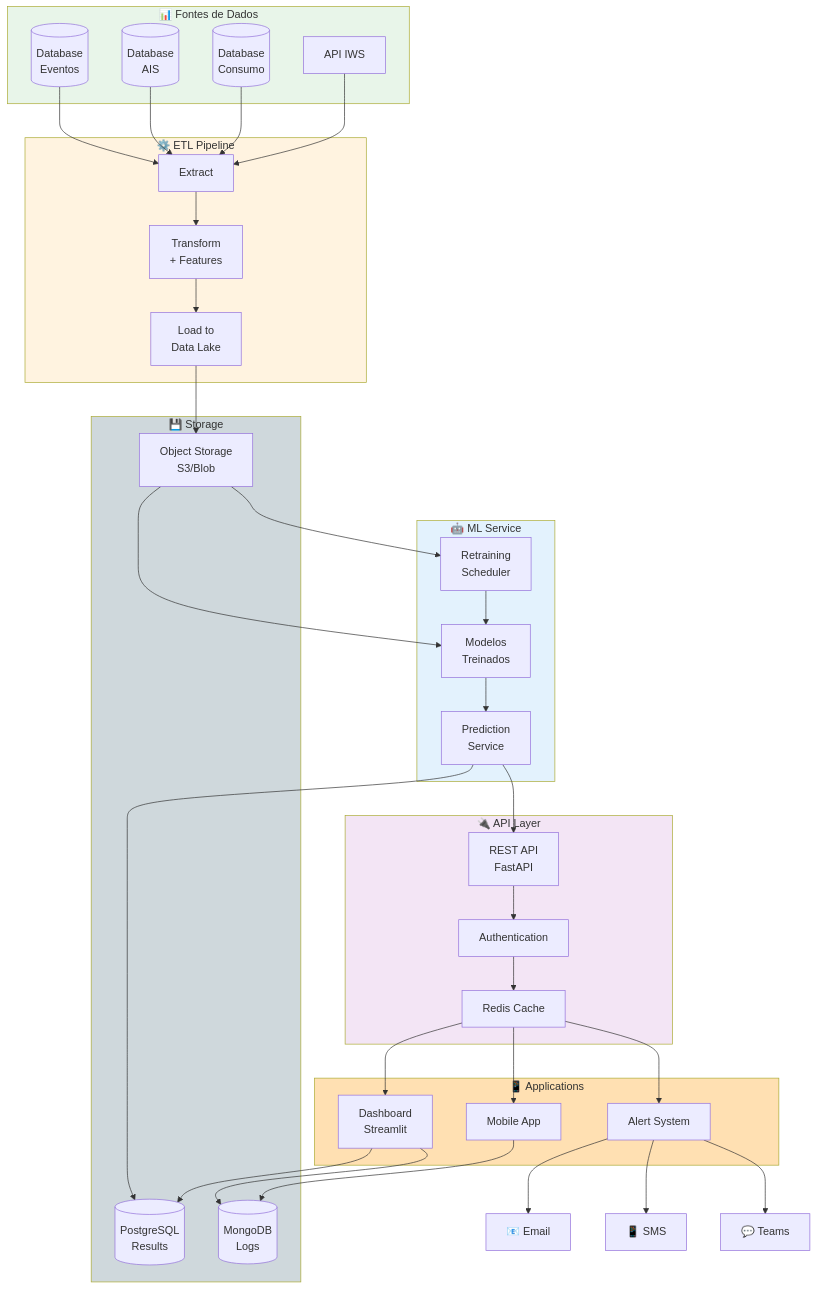
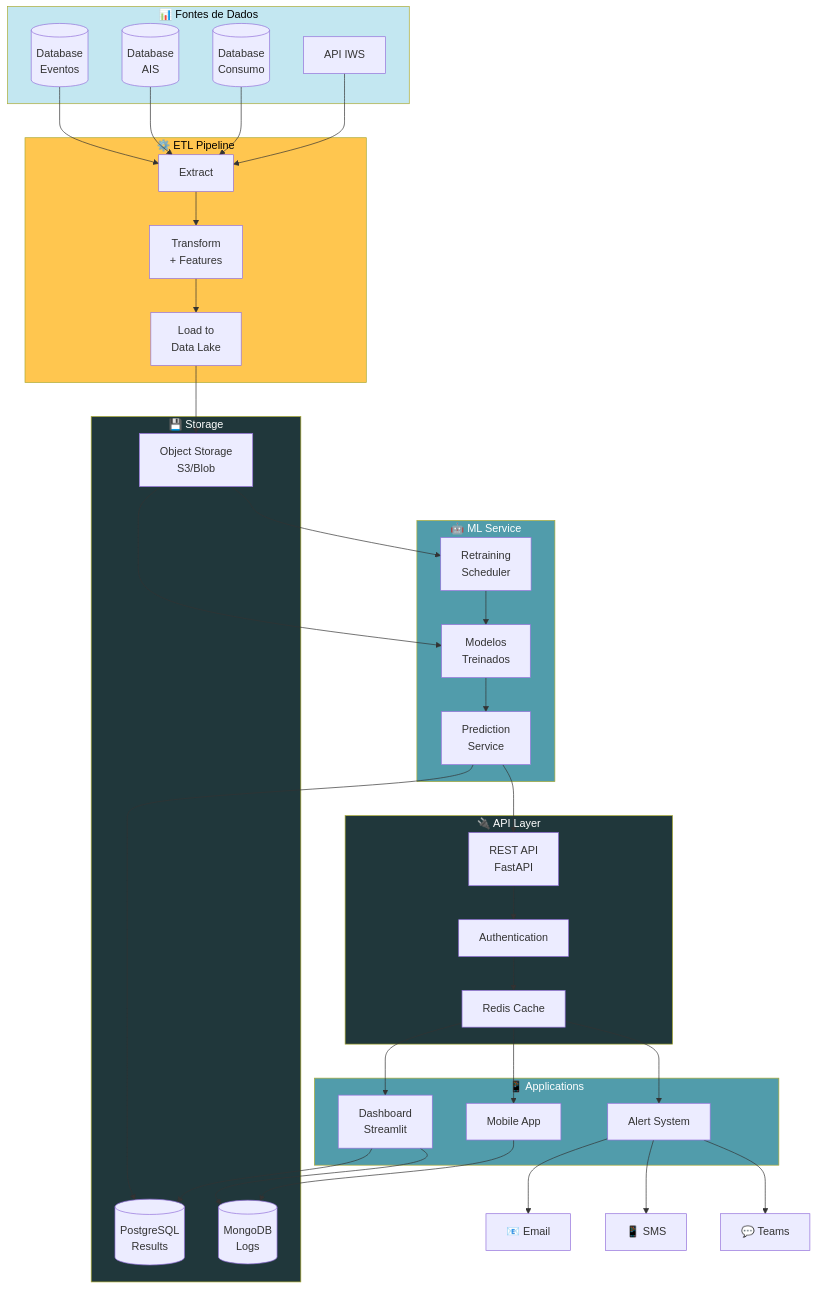
The eighth of 9 diagrams in DIAGRAMAS.md (bryanjulio/nexus_transpetro), drawn with Mermaid before and after one commit. The commit also changed other lines of this file and 1 other file, not shown here.

Commit message:
style: Update diagram colors for improved visibility and contrast; add team member details to README

````diff
--- a/DIAGRAMAS.md
+++ b/DIAGRAMAS.md
@@ -438,78 +438,78 @@
 ```mermaid
 graph TB
     subgraph Sources["📊 Fontes de Dados"]
         DB1[(Database<br/>Eventos)]
         DB2[(Database<br/>AIS)]
         DB3[(Database<br/>Consumo)]
         API1[API IWS]
     end
 
     subgraph ETL["⚙️ ETL Pipeline"]
         Extract[Extract]
         Transform[Transform<br/>+ Features]
         Load[Load to<br/>Data Lake]
     end
 
     subgraph ML["🤖 ML Service"]
         Models[Modelos<br/>Treinados]
         Predict[Prediction<br/>Service]
         Retrain[Retraining<br/>Scheduler]
     end
 
     subgraph API["🔌 API Layer"]
         REST[REST API<br/>FastAPI]
         Auth[Authentication]
         Cache[Redis Cache]
     end
 
     subgraph App["📱 Applications"]
         Dashboard[Dashboard<br/>Streamlit]
         Mobile[Mobile App]
         Alerts[Alert System]
     end
 
     subgraph Storage["💾 Storage"]
         S3[Object Storage<br/>S3/Blob]
         Postgres[(PostgreSQL<br/>Results)]
         Mongo[(MongoDB<br/>Logs)]
     end
 
     DB1 --> Extract
     DB2 --> Extract
     DB3 --> Extract
     API1 --> Extract
 
     Extract --> Transform
     Transform --> Load
     Load --> S3
 
     S3 --> Models
     Models --> Predict
     Predict --> REST
 
     S3 --> Retrain
     Retrain --> Models
 
     REST --> Auth
     Auth --> Cache
     Cache --> Dashboard
     Cache --> Mobile
     Cache --> Alerts
 
     Predict --> Postgres
     Dashboard --> Postgres
 
     Alerts --> Email[📧 Email]
     Alerts --> SMS[📱 SMS]
     Alerts --> Teams[💬 Teams]
 
     Dashboard --> Mongo
     Mobile --> Mongo
 
-    style Sources fill:#E8F5E9
-    style ETL fill:#FFF3E0
-    style ML fill:#E3F2FD
-    style API fill:#F3E5F5
-    style App fill:#FFE0B2
-    style Storage fill:#CFD8DC
+    style Sources fill:#C3E7F1,color:#000
+    style ETL fill:#FFC64F,color:#000
+    style ML fill:#519CAB,color:#FFF
+    style API fill:#20373B,color:#FFF
+    style App fill:#519CAB,color:#FFF
+    style Storage fill:#20373B,color:#FFF
 ```
````
